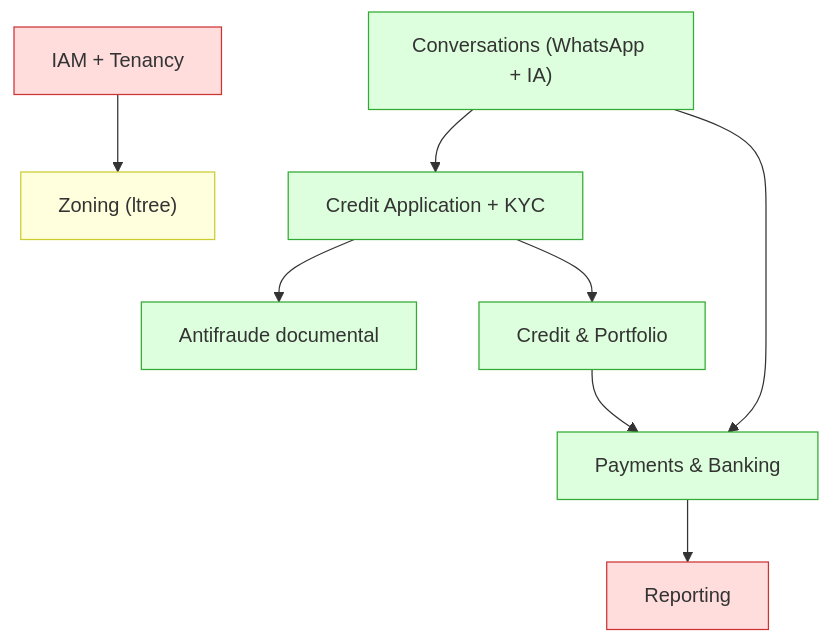
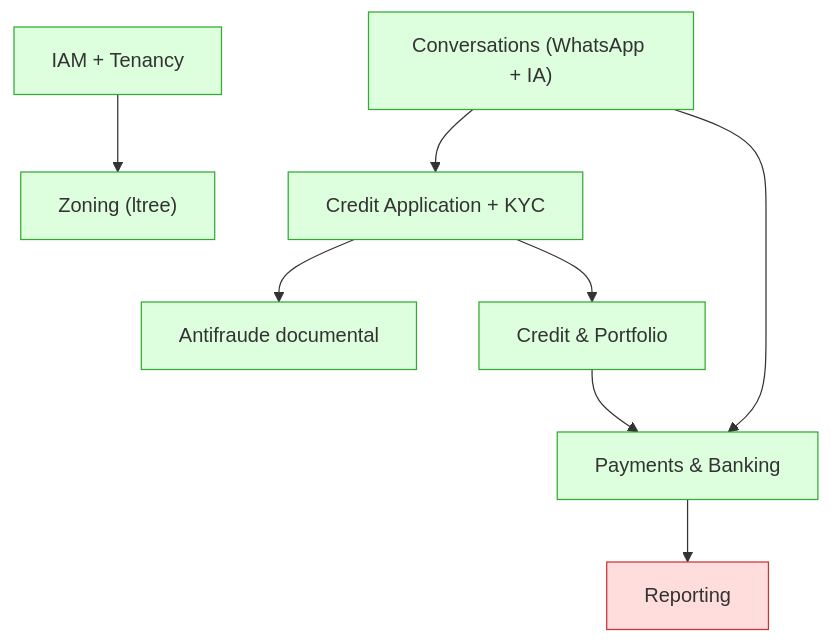
The first of 4 diagrams in docs/DESIGN.md (amartinezh/preztia), drawn with Mermaid before and after one commit. The commit also changed other lines of this file and 117 other files, not shown here.

````diff
--- a/docs/DESIGN.md
+++ b/docs/DESIGN.md
@@ -61,26 +74,25 @@
 ```mermaid
 flowchart TB
     IAM["IAM + Tenancy"]
     ZON["Zoning (ltree)"]
     CONV["Conversations (WhatsApp + IA)"]
     APP["Credit Application + KYC"]
     AF["Antifraude documental"]
     CRE["Credit & Portfolio"]
     PAY["Payments & Banking"]
     REP["Reporting"]
 
     IAM --> ZON
     CONV --> APP
     CONV --> PAY
     APP --> AF
     APP --> CRE
     CRE --> PAY
     PAY --> REP
 
     classDef done fill:#dfd,stroke:#3a3;
     classDef wip fill:#ffd,stroke:#cc3;
     classDef todo fill:#fdd,stroke:#c33;
-    class CONV,APP,AF,PAY,CRE done;
-    class ZON wip;
-    class IAM,REP todo;
+    class IAM,ZON,CONV,APP,AF,PAY,CRE done;
+    class REP todo;
 ```
````
